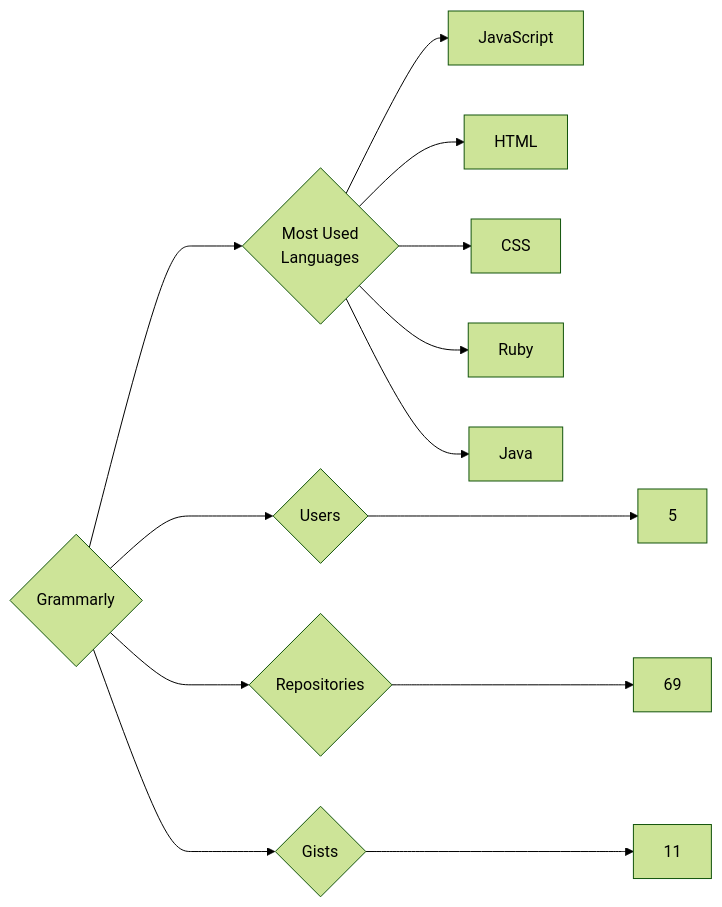
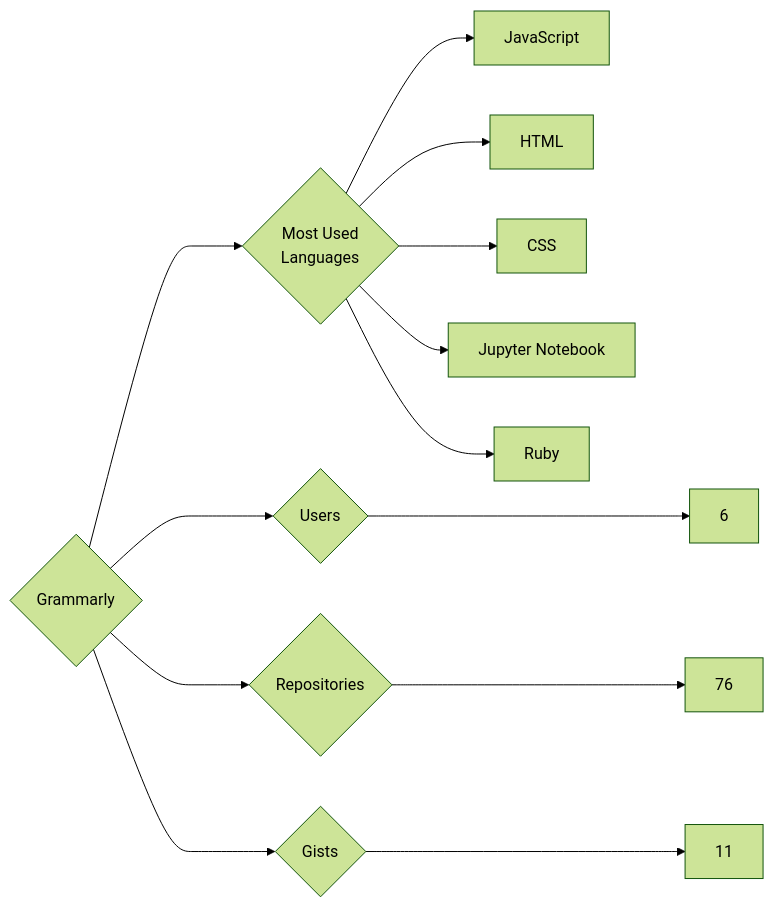
The diagram in targets/Grammarly/README.md (trickest/insiders), drawn with Mermaid (forest theme) before and after one commit. The commit also changed 1036 other files, not shown here.

````diff
--- a/targets/Grammarly/README.md
+++ b/targets/Grammarly/README.md
@@ -3,13 +3,13 @@
 ```mermaid
 graph LR
 COMPANY_NAME{Grammarly}
-COMPANY_NAME ---> U{Users} ---> UN[5]
-COMPANY_NAME ---> R{Repositories} ---> RN[69]
+COMPANY_NAME ---> U{Users} ---> UN[6]
+COMPANY_NAME ---> R{Repositories} ---> RN[76]
 COMPANY_NAME ---> G{Gists} ---> GN[11]
 COMPANY_NAME ---> ML{Most Used<br>Languages}
 ML --> JavaScript[JavaScript]
 ML --> HTML[HTML]
 ML --> CSS[CSS]
+ML --> Jupyter_Notebook[Jupyter Notebook]
 ML --> Ruby[Ruby]
-ML --> Java[Java]
 ```
````
